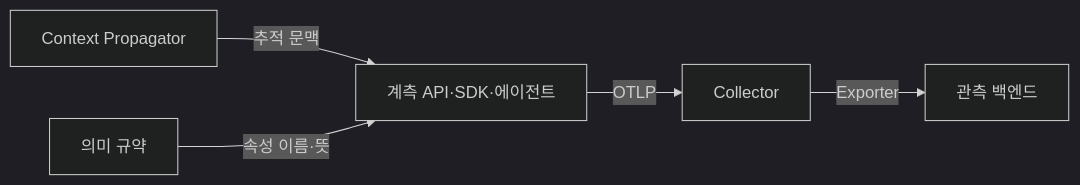
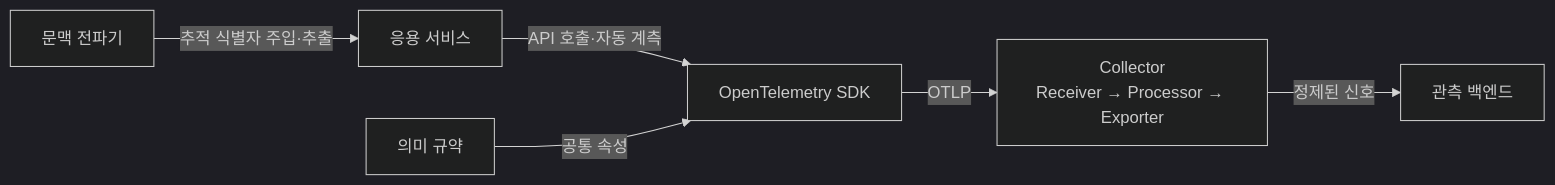
One commit to agnusdei1207/knowledge-base changed the first of 2 diagrams in src/content/docs/notes/03-software/162_opentelemetry.md. Above: the diagram before and after it, drawn with Mermaid (dark theme). The commit also changed other lines of this file and 20 other files, not shown here.

````diff
--- a/src/content/docs/notes/03-software/162_opentelemetry.md
+++ b/src/content/docs/notes/03-software/162_opentelemetry.md
@@ -51,7 +56,8 @@
 ```mermaid
 flowchart LR
-    I["계측 API·SDK·에이전트"] -->|"OTLP"| C["Collector"]
-    P["Context Propagator"] -->|"추적 문맥"| I
-    S["의미 규약"] -->|"속성 이름·뜻"| I
-    C -->|"Exporter"| B["관측 백엔드"]
+    A["응용 서비스"] -->|"API 호출·자동 계측"| S["OpenTelemetry SDK"]
+    P["문맥 전파기"] -->|"추적 식별자 주입·추출"| A
+    C["의미 규약"] -->|"공통 속성"| S
+    S -->|"OTLP"| R["Collector<br/>Receiver → Processor → Exporter"]
+    R -->|"정제된 신호"| B["관측 백엔드"]
 ```
````
